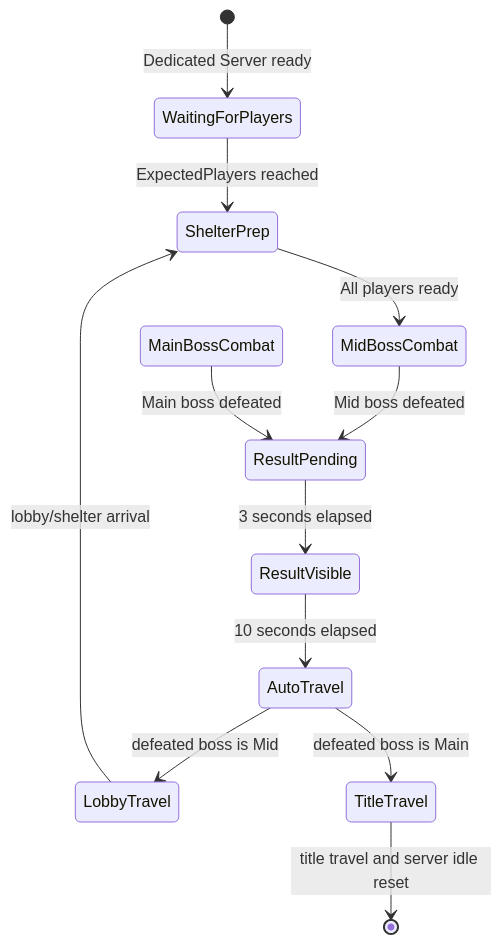
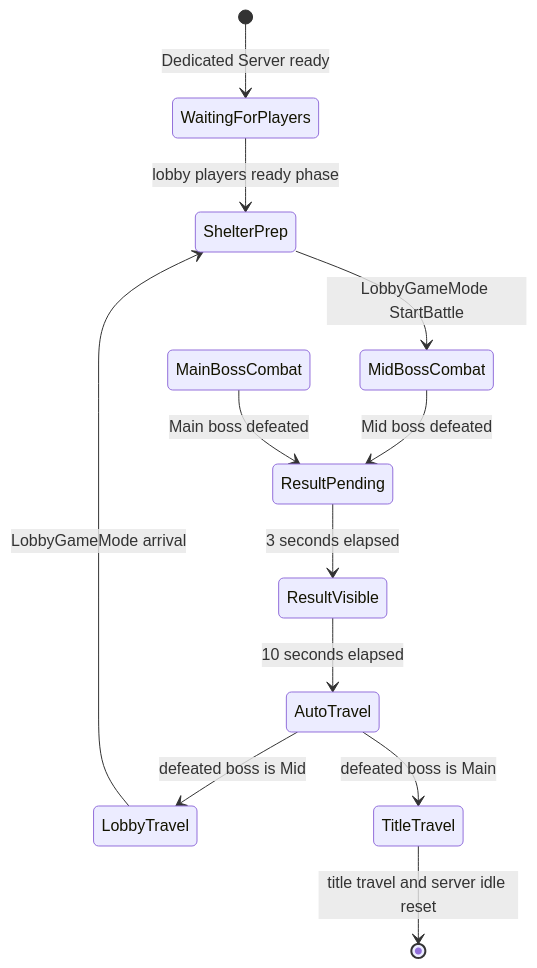
One commit to seongwon1579/ProjectBlackout changed the second of 3 diagrams in Docs/Foundation/12_Game_Flow_Result.md. Above: the diagram before and after it, drawn with Mermaid. The commit also changed other lines of this file and 29 other files, not shown here.

````diff
--- a/Docs/Foundation/12_Game_Flow_Result.md
+++ b/Docs/Foundation/12_Game_Flow_Result.md
@@ -137,14 +149,14 @@
 ```mermaid
 stateDiagram-v2
     [*] --> WaitingForPlayers : Dedicated Server ready
-    WaitingForPlayers --> ShelterPrep : ExpectedPlayers reached
-    ShelterPrep --> MidBossCombat : All players ready
+    WaitingForPlayers --> ShelterPrep : lobby players ready phase
+    ShelterPrep --> MidBossCombat : LobbyGameMode StartBattle
     MidBossCombat --> ResultPending : Mid boss defeated
     MainBossCombat --> ResultPending : Main boss defeated
     ResultPending --> ResultVisible : 3 seconds elapsed
     ResultVisible --> AutoTravel : 10 seconds elapsed
     AutoTravel --> LobbyTravel : defeated boss is Mid
     AutoTravel --> TitleTravel : defeated boss is Main
-    LobbyTravel --> ShelterPrep : lobby/shelter arrival
+    LobbyTravel --> ShelterPrep : LobbyGameMode arrival
     TitleTravel --> [*] : title travel and server idle reset
 ```
````
